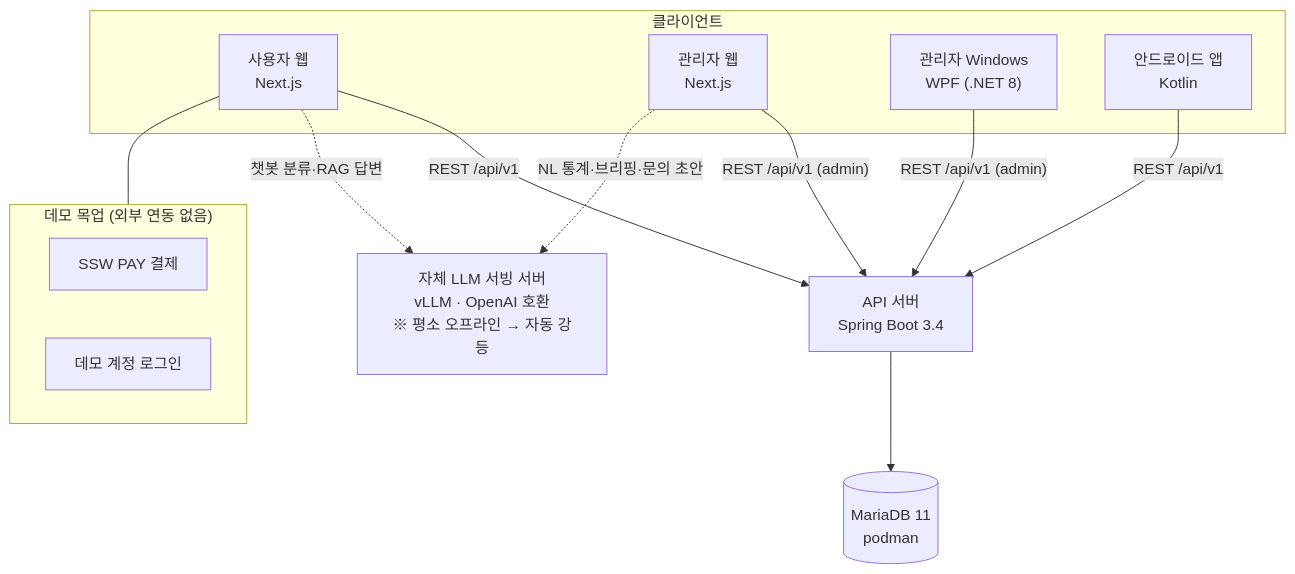
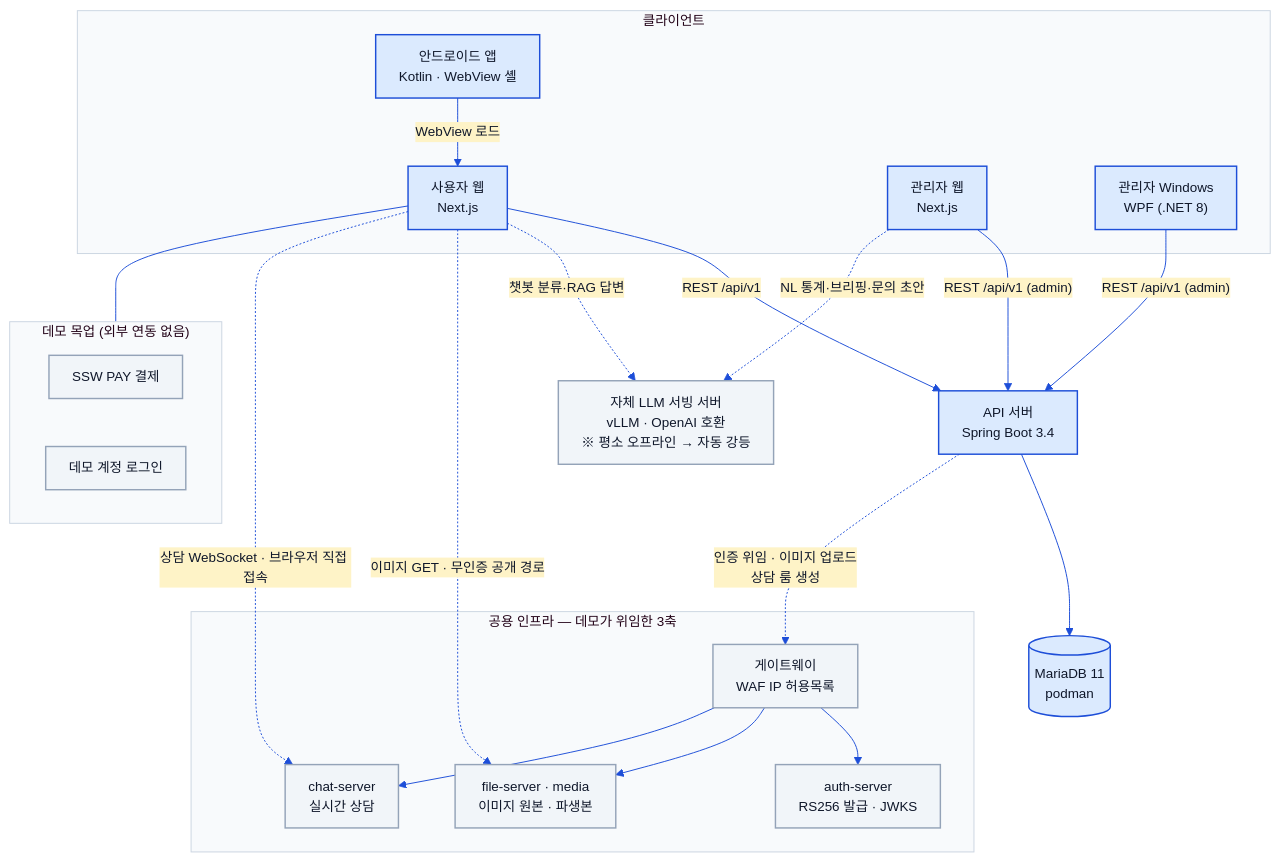
One commit to s-work-agency/ssw-e-commerce-demo-public changed the first of 2 diagrams in docs/architecture/01-system-architecture.md. Above: the diagram before and after it, drawn with Mermaid. The commit also changed other lines of this file and 30 other files, not shown here.

Commit message:
docs: 다이어그램 SVG 폐지·mermaid 일원화 및 구성도·ERD 최신화

````diff
--- a/docs/architecture/01-system-architecture.md
+++ b/docs/architecture/01-system-architecture.md
@@ -13,28 +13,49 @@
 ```mermaid
+%%{init: {"theme":"base","fontFamily":"Pretendard, Malgun Gothic, sans-serif","themeVariables":{"fontSize":"14px","primaryColor":"#DBEAFE","primaryBorderColor":"#1D4ED8","primaryTextColor":"#0F172A","lineColor":"#1D4ED8","secondaryColor":"#FEF3C7","tertiaryColor":"#DCFCE7","clusterBkg":"#F8FAFC","clusterBorder":"#CBD5E1","noteBkgColor":"#FEF3C7","noteBorderColor":"#D97706","actorBkg":"#DBEAFE","actorBorder":"#1D4ED8","actorTextColor":"#0F172A","signalColor":"#1D4ED8","signalTextColor":"#0F172A","labelBoxBkgColor":"#DBEAFE","labelBoxBorderColor":"#1D4ED8","altSectionBkgColor":"#F8FAFC"},"flowchart":{"curve":"basis","htmlLabels":true,"padding":12}}}%%
+%% 공통 브랜드 테마 — architecture/*.md 전 다이어그램에 동일한 init 블록이 들어간다. 색을 바꿀 때는 이 폴더 전 파일을 일괄 치환할 것.
 graph TB
     subgraph clients["클라이언트"]
+        android["안드로이드 앱<br/>Kotlin · WebView 셸"]
         web["사용자 웹<br/>Next.js"]
         adminweb["관리자 웹<br/>Next.js"]
         wpf["관리자 Windows<br/>WPF (.NET 8)"]
-        android["안드로이드 앱<br/>Kotlin"]
     end
 
     server["API 서버<br/>Spring Boot 3.4"]
     db[("MariaDB 11<br/>podman")]
     llm["자체 LLM 서빙 서버<br/>vLLM · OpenAI 호환<br/>※ 평소 오프라인 → 자동 강등"]
 
+    subgraph infra["공용 인프라 — 데모가 위임한 3축"]
+        gw["게이트웨이<br/>WAF IP 허용목록"]
+        auth["auth-server<br/>RS256 발급 · JWKS"]
+        file["file-server · media<br/>이미지 원본 · 파생본"]
+        chat["chat-server<br/>실시간 상담"]
+        gw --> auth
+        gw --> file
+        gw --> chat
+    end
+
+    android -->|"WebView 로드"| web
     web -->|"REST /api/v1"| server
     adminweb -->|"REST /api/v1 (admin)"| server
     wpf -->|"REST /api/v1 (admin)"| server
-    android -->|"REST /api/v1"| server
     server --> db
 
     web -.->|"챗봇 분류·RAG 답변"| llm
     adminweb -.->|"NL 통계·브리핑·문의 초안"| llm
+
+    server -.->|"인증 위임 · 이미지 업로드<br/>상담 룸 생성"| gw
+    web -.->|"이미지 GET · 무인증 공개 경로"| file
+    web -.->|"상담 WebSocket · 브라우저 직접 접속"| chat
 
     subgraph mocks["데모 목업 (외부 연동 없음)"]
         pay["SSW PAY 결제"]
         login["데모 계정 로그인"]
     end
     web --- mocks
+
+    classDef step fill:#DBEAFE,stroke:#1D4ED8,stroke-width:1.5px,color:#0F172A
+    classDef ext fill:#F1F5F9,stroke:#94A3B8,stroke-width:1.5px,color:#0F172A
+    class android,web,adminweb,wpf,server,db step
+    class gw,auth,file,chat,llm,pay,login ext
 ```
````
